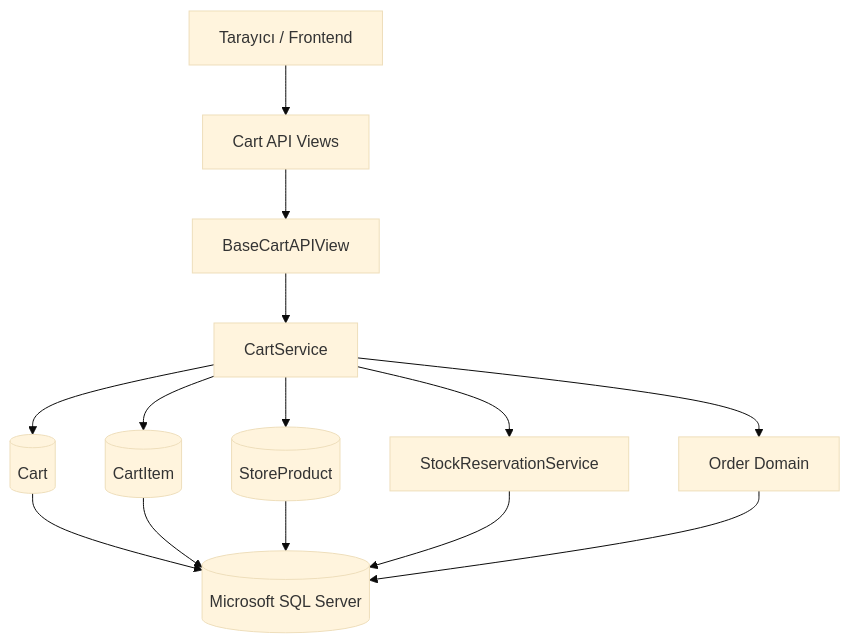
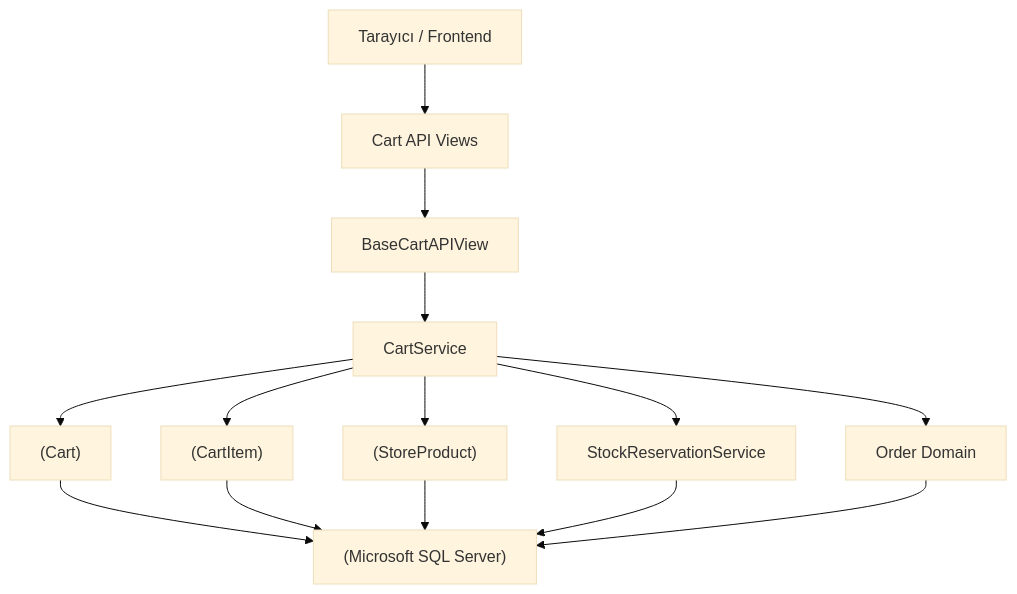
The first of 3 diagrams in docs/diagrams/cart-architecture.md (Gebnerr/deneme), drawn with Mermaid (base theme) before and after one commit. The commit also changed other lines of this file and 14 other files, not shown here.

````diff
--- a/docs/diagrams/cart-architecture.md
+++ b/docs/diagrams/cart-architecture.md
@@ -5,27 +5,27 @@
 ```mermaid
 graph TD
     CLIENT[Tarayıcı / Frontend]
     VIEW[Cart API Views]
     BASE[BaseCartAPIView]
     SERVICE[CartService]
-    CART[(Cart)]
-    ITEM[(CartItem)]
-    OFFER[(StoreProduct)]
+    CART["(Cart)"]
+    ITEM["(CartItem)"]
+    OFFER["(StoreProduct)"]
     STOCK[StockReservationService]
     ORDER[Order Domain]
-    DB[(Microsoft SQL Server)]
+    DB["(Microsoft SQL Server)"]
 
     CLIENT --> VIEW
     VIEW --> BASE
     BASE --> SERVICE
     SERVICE --> CART
     SERVICE --> ITEM
     SERVICE --> OFFER
     SERVICE --> STOCK
     SERVICE --> ORDER
     CART --> DB
     ITEM --> DB
     OFFER --> DB
     STOCK --> DB
     ORDER --> DB
 ```
````
